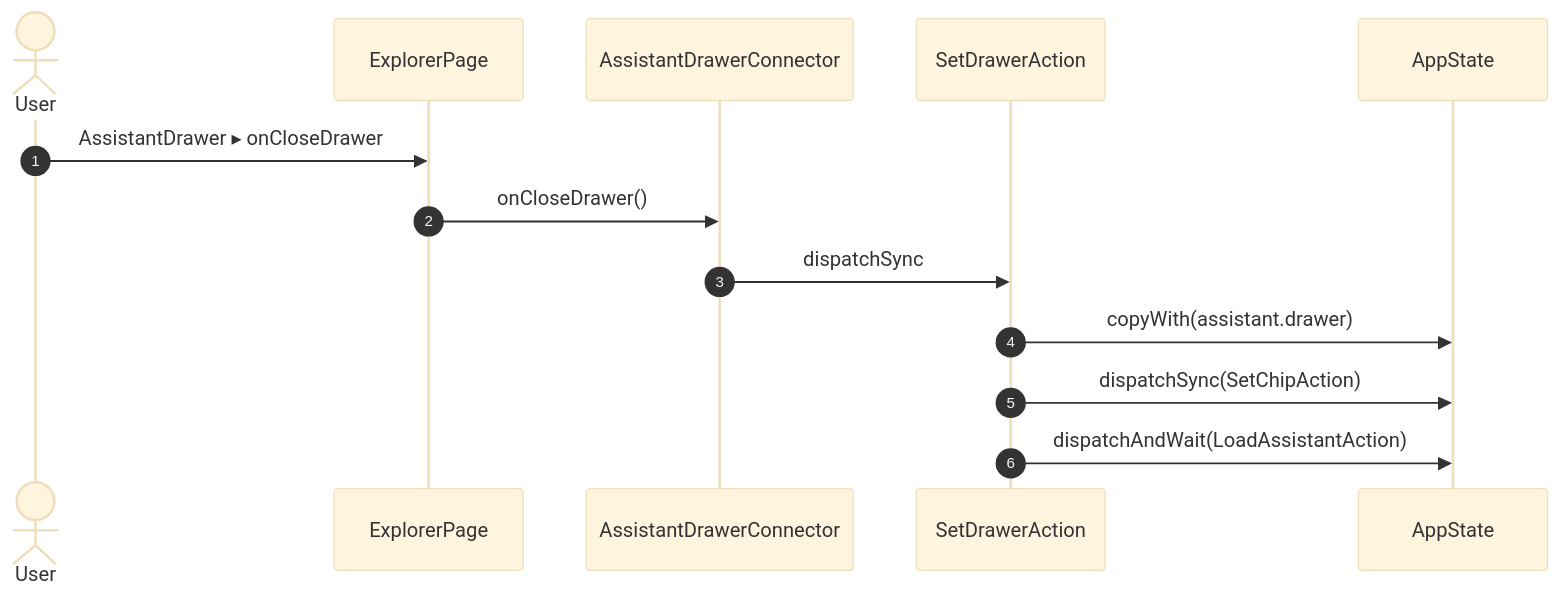
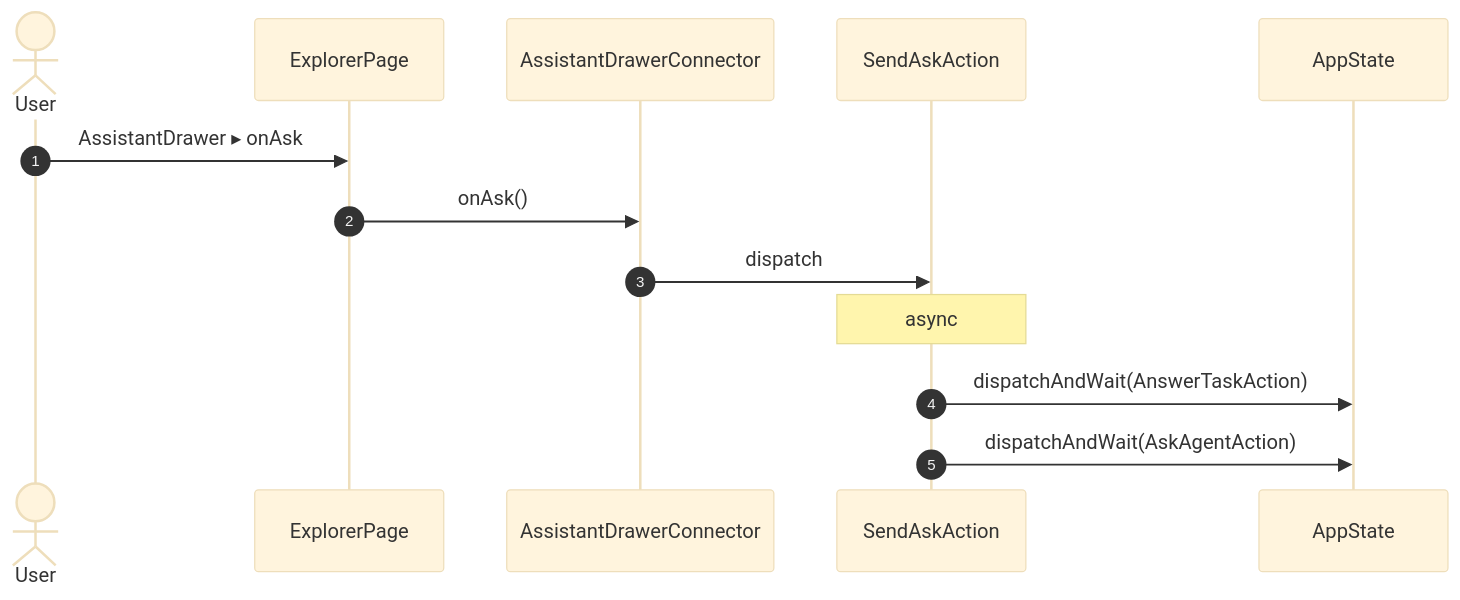
Before and after one commit to gencto/wyrm: diagram 43 of 55 in studio/docs/flows/explorer.md, drawn with Mermaid (base theme). The commit also changed other lines of this file and 94 other files, not shown here.

First line of the commit message:
studio: assistant: typed wire, words in ui, one action per intent

````diff
--- a/studio/docs/flows/explorer.md
+++ b/studio/docs/flows/explorer.md
@@ -897,16 +825,16 @@
 ```mermaid
 sequenceDiagram
     autonumber
     actor User
     participant UI as ExplorerPage
     participant R1 as AssistantDrawerConnector
-    participant A1 as SetDrawerAction
+    participant A1 as SendAskAction
     participant ST as AppState
 
-    User->>UI: AssistantDrawer ▸ onCloseDrawer
-    UI->>R1: onCloseDrawer()
-    R1->>A1: dispatchSync
-    A1->>ST: copyWith(assistant.drawer)
-    A1->>ST: dispatchSync(SetChipAction)
-    A1->>ST: dispatchAndWait(LoadAssistantAction)
+    User->>UI: AssistantDrawer ▸ onAsk
+    UI->>R1: onAsk()
+    R1->>A1: dispatch
+    Note over A1: async
+    A1->>ST: dispatchAndWait(AnswerTaskAction)
+    A1->>ST: dispatchAndWait(AskAgentAction)
 ```
````
